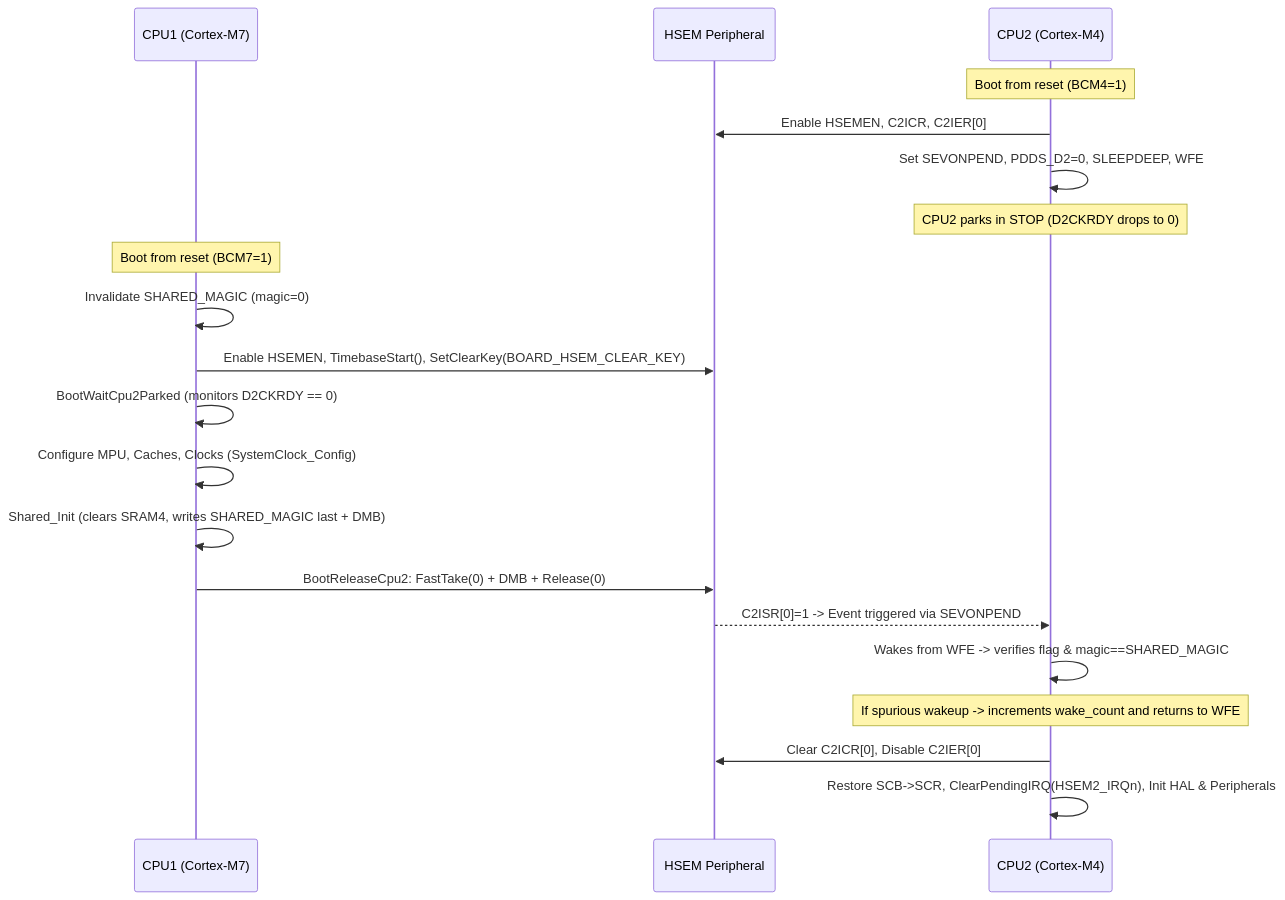
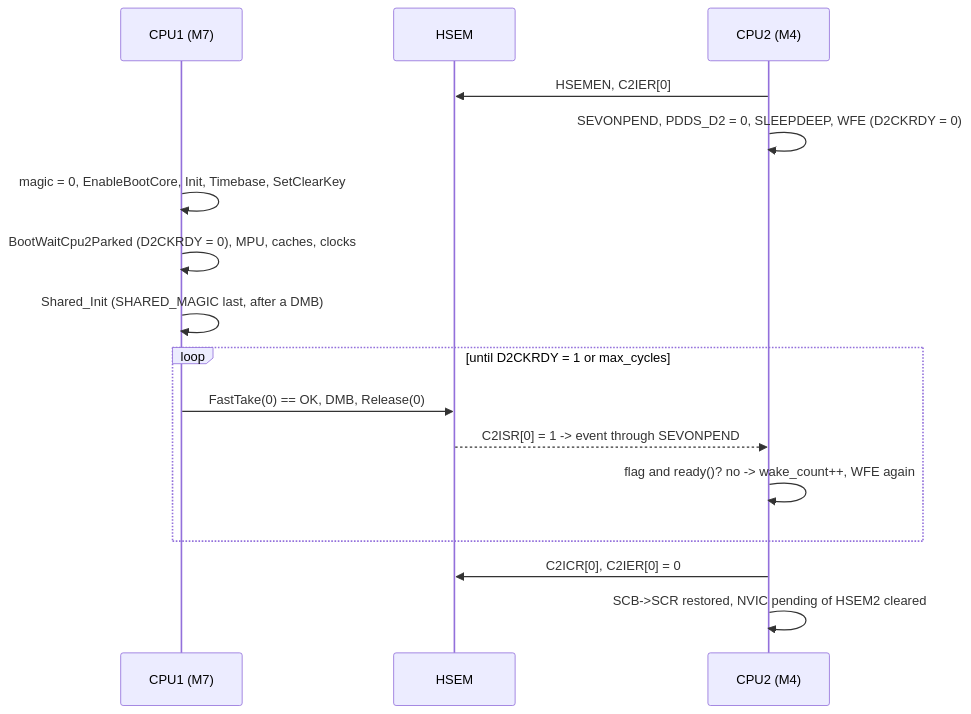
Before and after one commit to hrodriguez06/forcelab-stm32h755-dualcore-workspace: the diagram in 01_shared_drivers/10_hsem/README.md, drawn with Mermaid. The commit also changed other lines of this file and 4 other files, not shown here.

````diff
--- a/01_shared_drivers/10_hsem/README.md
+++ b/01_shared_drivers/10_hsem/README.md
@@ -275,25 +352,18 @@
 ```mermaid
 sequenceDiagram
-    participant C7 as CPU1 (Cortex-M7)
-    participant H as HSEM Peripheral
-    participant C4 as CPU2 (Cortex-M4)
-
-    Note over C4: Boot from reset (BCM4=1)
-    C4->>H: Enable HSEMEN, C2ICR, C2IER[0]
-    C4->>C4: Set SEVONPEND, PDDS_D2=0, SLEEPDEEP, WFE
-    Note over C4: CPU2 parks in STOP (D2CKRDY drops to 0)
-
-    Note over C7: Boot from reset (BCM7=1)
-    C7->>C7: Invalidate SHARED_MAGIC (magic=0)
-    C7->>H: Enable HSEMEN, TimebaseStart(), SetClearKey(BOARD_HSEM_CLEAR_KEY)
-    C7->>C7: BootWaitCpu2Parked (monitors D2CKRDY == 0)
-    C7->>C7: Configure MPU, Caches, Clocks (SystemClock_Config)
-    C7->>C7: Shared_Init (clears SRAM4, writes SHARED_MAGIC last + DMB)
-    C7->>H: BootReleaseCpu2: FastTake(0) + DMB + Release(0)
-    H-->>C4: C2ISR[0]=1 -> Event triggered via SEVONPEND
-
-    C4->>C4: Wakes from WFE -> verifies flag & magic==SHARED_MAGIC
-    Note over C4: If spurious wakeup -> increments wake_count and returns to WFE
-    C4->>H: Clear C2ICR[0], Disable C2IER[0]
-    C4->>C4: Restore SCB->SCR, ClearPendingIRQ(HSEM2_IRQn), Init HAL & Peripherals
+    participant C7 as CPU1 (M7)
+    participant H as HSEM
+    participant C4 as CPU2 (M4)
+    C4->>H: HSEMEN, C2IER[0]
+    C4->>C4: SEVONPEND, PDDS_D2 = 0, SLEEPDEEP, WFE (D2CKRDY = 0)
+    C7->>C7: magic = 0, EnableBootCore, Init, Timebase, SetClearKey
+    C7->>C7: BootWaitCpu2Parked (D2CKRDY = 0), MPU, caches, clocks
+    C7->>C7: Shared_Init (SHARED_MAGIC last, after a DMB)
+    loop until D2CKRDY = 1 or max_cycles
+        C7->>H: FastTake(0) == OK, DMB, Release(0)
+        H-->>C4: C2ISR[0] = 1 -> event through SEVONPEND
+        C4->>C4: flag and ready()? no -> wake_count++, WFE again
+    end
+    C4->>H: C2ICR[0], C2IER[0] = 0
+    C4->>C4: SCB->SCR restored, NVIC pending of HSEM2 cleared
 ```
````
